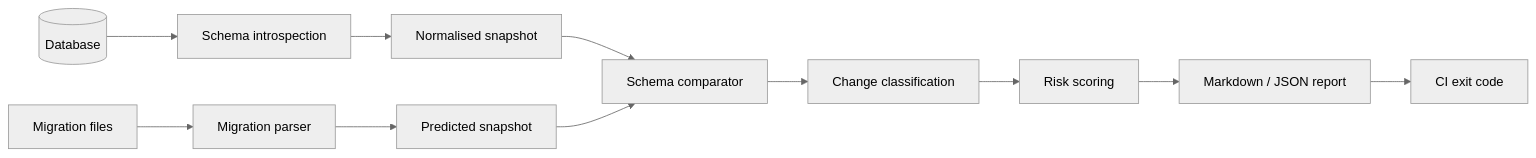
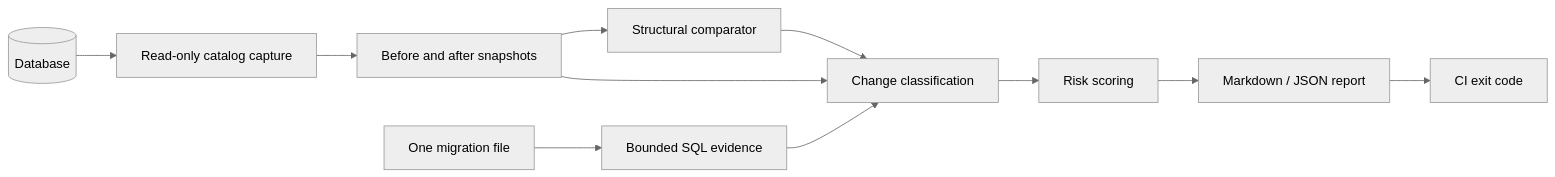
One commit to Shellghostt/SchemaSentry changed the diagram in docs/PLAN.md. Above: the diagram before and after it, drawn with Mermaid (neutral theme). The commit also changed other lines of this file and 52 other files, not shown here.

````diff
--- a/docs/PLAN.md
+++ b/docs/PLAN.md
@@ -178,13 +184,13 @@
 ```mermaid
 flowchart LR
-    DB[(Database)] --> INTRO[Schema introspection]
-    MIG[Migration files] --> PARSE[Migration parser]
-    INTRO --> NORM[Normalised snapshot]
-    PARSE --> NORM2[Predicted snapshot]
-    NORM --> CMP[Schema comparator]
-    NORM2 --> CMP
+    DB[(Database)] --> INTRO[Read-only catalog capture]
+    MIG[One migration file] --> PARSE[Bounded SQL evidence]
+    INTRO --> NORM[Before and after snapshots]
+    NORM --> CMP[Structural comparator]
     CMP --> CLASS[Change classification]
+    NORM --> CLASS
+    PARSE --> CLASS
     CLASS --> RISK[Risk scoring]
     RISK --> REP[Markdown / JSON report]
     REP --> CI[CI exit code]
 ```
````
